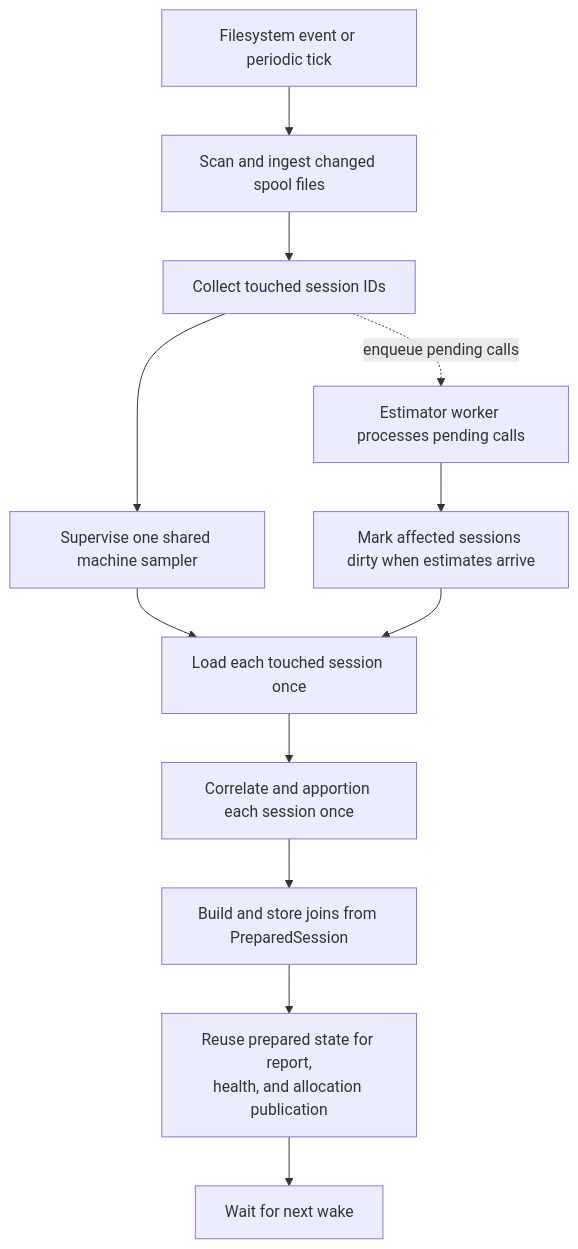
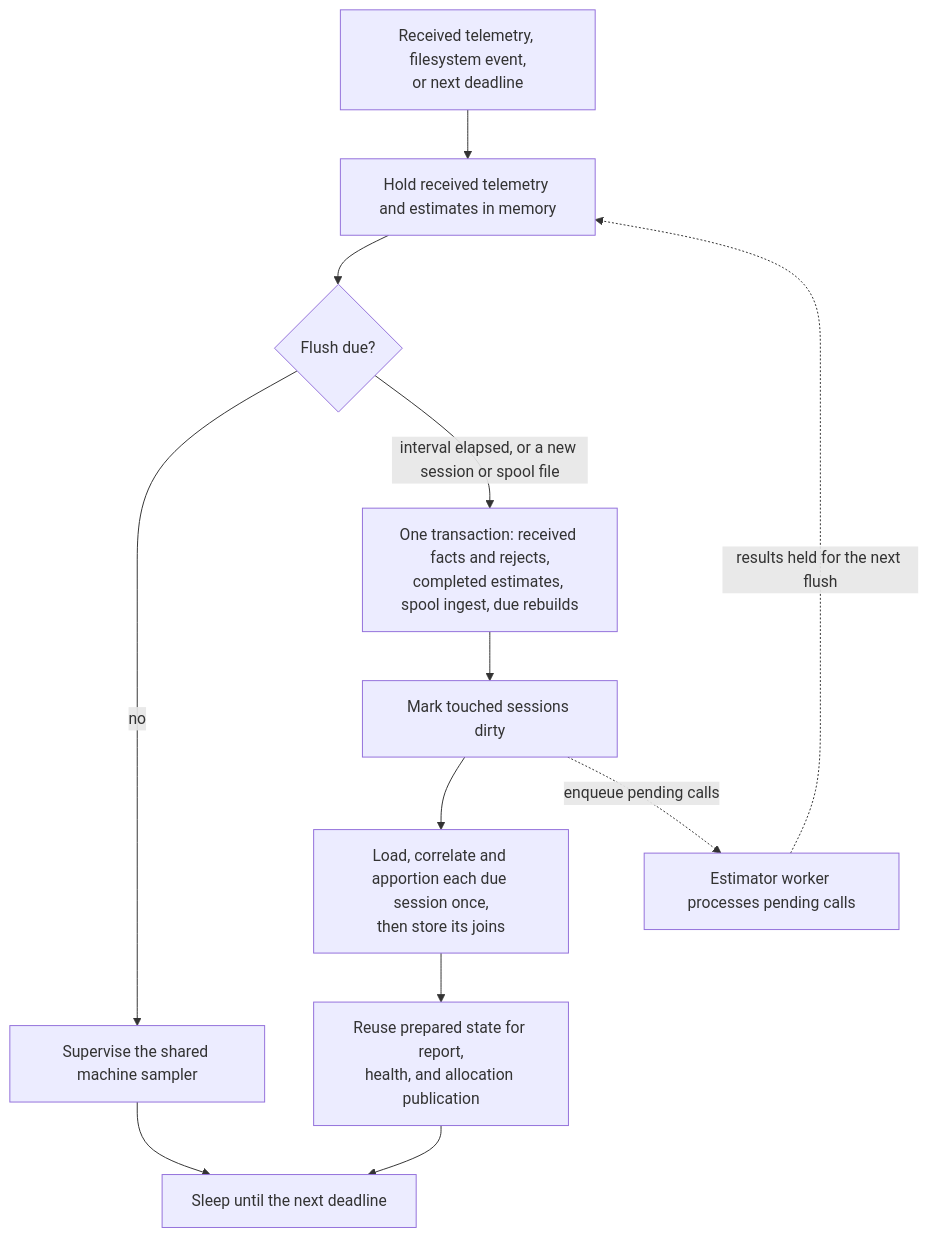
Before and after one commit to mlco2/agentic-footprint: the fourth of 4 diagrams in docs/explanation/rebuild-architecture.md, drawn with Mermaid. The commit also changed other lines of this file and 78 other files, not shown here.

````diff
--- a/docs/explanation/rebuild-architecture.md
+++ b/docs/explanation/rebuild-architecture.md
@@ -156,26 +183,25 @@
 ```mermaid
 flowchart TD
-    Wake[Filesystem event or periodic tick]
-    Ingest[Scan and ingest changed spool files]
-    Dirty[Collect touched session IDs]
-    Supervise[Supervise one shared machine sampler]
-    Load[Load each touched session once]
-    Prepare[Correlate and apportion each session once]
-    Join[Build and store joins from PreparedSession]
+    Wake[Received telemetry, filesystem event,<br/>or next deadline]
+    Hold[Hold received telemetry and estimates in memory]
+    Due{Flush due?}
+    Supervise[Supervise the shared machine sampler]
+    Flush[One transaction: received facts and rejects,<br/>completed estimates, spool ingest, due rebuilds]
+    Dirty[Mark touched sessions dirty]
+    Rebuild[Load, correlate and apportion each due session once,<br/>then store its joins]
     Publish[Reuse prepared state for report,<br/>health, and allocation publication]
     Estimate[Estimator worker processes pending calls]
-    Ready[Mark affected sessions dirty when estimates arrive]
-    Wait[Wait for next wake]
+    Wait[Sleep until the next deadline]
 
-    Wake --> Ingest
-    Ingest --> Dirty
-    Dirty --> Supervise
-    Supervise --> Load
-    Load --> Prepare
-    Prepare --> Join
-    Join --> Publish
+    Wake --> Hold
+    Hold --> Due
+    Due -->|no| Supervise
+    Supervise --> Wait
+    Due -->|interval elapsed, or a new session or spool file| Flush
+    Flush --> Dirty
+    Dirty --> Rebuild
+    Rebuild --> Publish
     Publish --> Wait
     Dirty -. enqueue pending calls .-> Estimate
-    Estimate --> Ready
-    Ready --> Load
+    Estimate -. results held for the next flush .-> Hold
 ```
````
